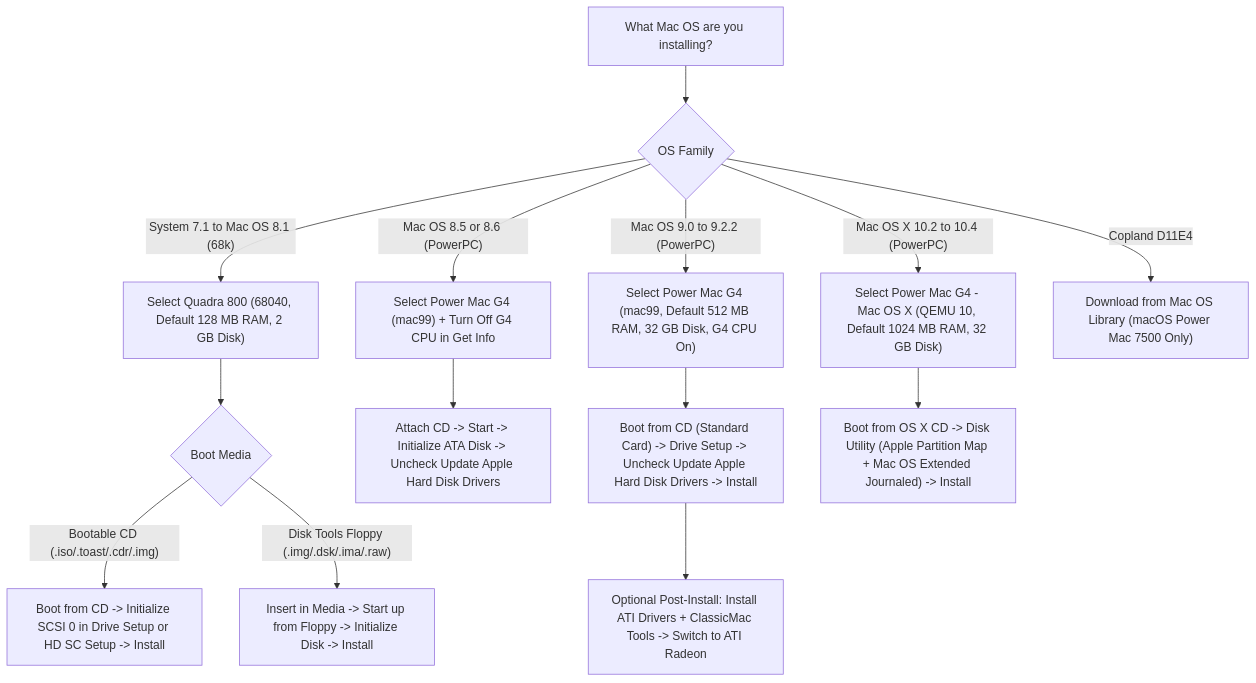
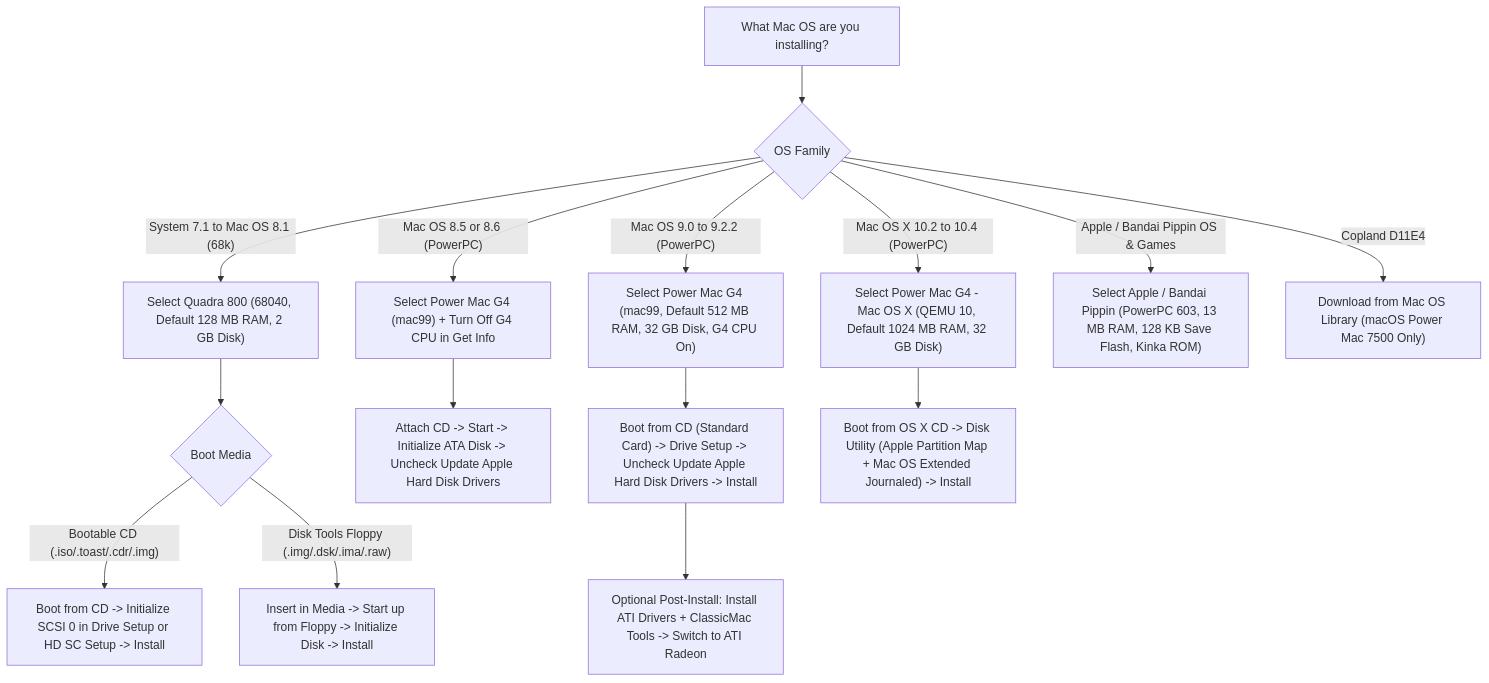
One commit to amcchord/ClassicMac changed the diagram in docs/manual/05-installing-your-own-mac-os.md. Above: the diagram before and after it, drawn with Mermaid. The commit also changed other lines of this file and 84 other files, not shown here.

First line of the commit message:
ClassicMac 5.0: native Apple / Bandai Pippin support, controls, and icons

````diff
--- a/docs/manual/05-installing-your-own-mac-os.md
+++ b/docs/manual/05-installing-your-own-mac-os.md
@@ -15,18 +15,19 @@
 ```mermaid
 flowchart TD
     START["What Mac OS are you installing?"] --> Q1{"OS Family"}
     Q1 -->|"System 7.1 to Mac OS 8.1 (68k)"| Q800["Select Quadra 800 (68040, Default 128 MB RAM, 2 GB Disk)"]
     Q1 -->|"Mac OS 8.5 or 8.6 (PowerPC)"| PM86["Select Power Mac G4 (mac99) + Turn Off G4 CPU in Get Info"]
     Q1 -->|"Mac OS 9.0 to 9.2.2 (PowerPC)"| PM9["Select Power Mac G4 (mac99, Default 512 MB RAM, 32 GB Disk, G4 CPU On)"]
     Q1 -->|"Mac OS X 10.2 to 10.4 (PowerPC)"| PMX["Select Power Mac G4 - Mac OS X (QEMU 10, Default 1024 MB RAM, 32 GB Disk)"]
+    Q1 -->|"Apple / Bandai Pippin OS & Games"| PIP["Select Apple / Bandai Pippin (PowerPC 603, 13 MB RAM, 128 KB Save Flash, Kinka ROM)"]
     Q1 -->|"Copland D11E4"| COP["Download from Mac OS Library (macOS Power Mac 7500 Only)"]
 
     Q800 --> QBOOT{"Boot Media"}
     QBOOT -->|"Bootable CD (.iso/.toast/.cdr/.img)"| QPROC["Boot from CD -> Initialize SCSI 0 in Drive Setup or HD SC Setup -> Install"]
     QBOOT -->|"Disk Tools Floppy (.img/.dsk/.ima/.raw)"| QFLOP["Insert in Media -> Start up from Floppy -> Initialize Disk -> Install"]
 
     PM86 --> P86BOOT["Attach CD -> Start -> Initialize ATA Disk -> Uncheck Update Apple Hard Disk Drivers"]
     PM9 --> P9BOOT["Boot from CD (Standard Card) -> Drive Setup -> Uncheck Update Apple Hard Disk Drivers -> Install"]
     P9BOOT --> ATI["Optional Post-Install: Install ATI Drivers + ClassicMac Tools -> Switch to ATI Radeon"]
     PMX --> PXBOOT["Boot from OS X CD -> Disk Utility (Apple Partition Map + Mac OS Extended Journaled) -> Install"]
 ```
````
